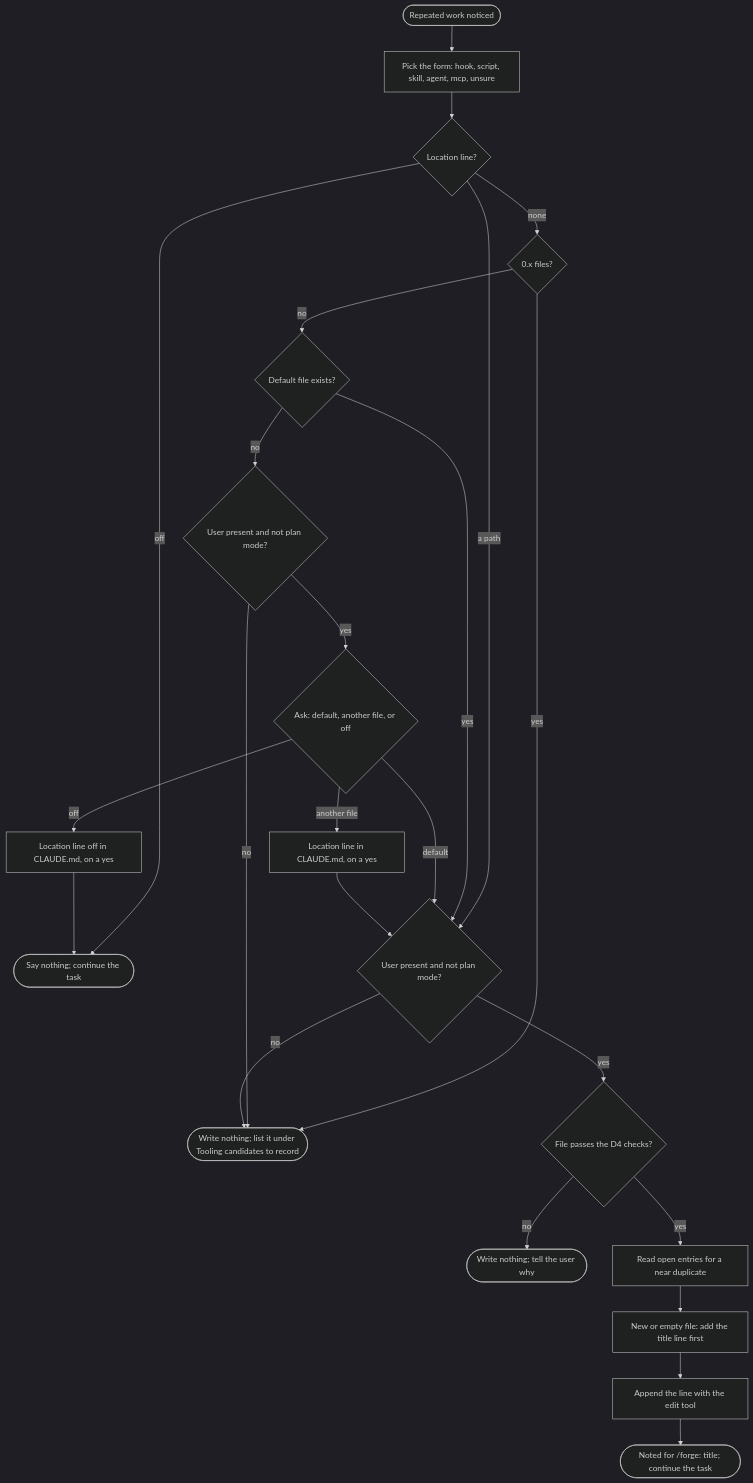
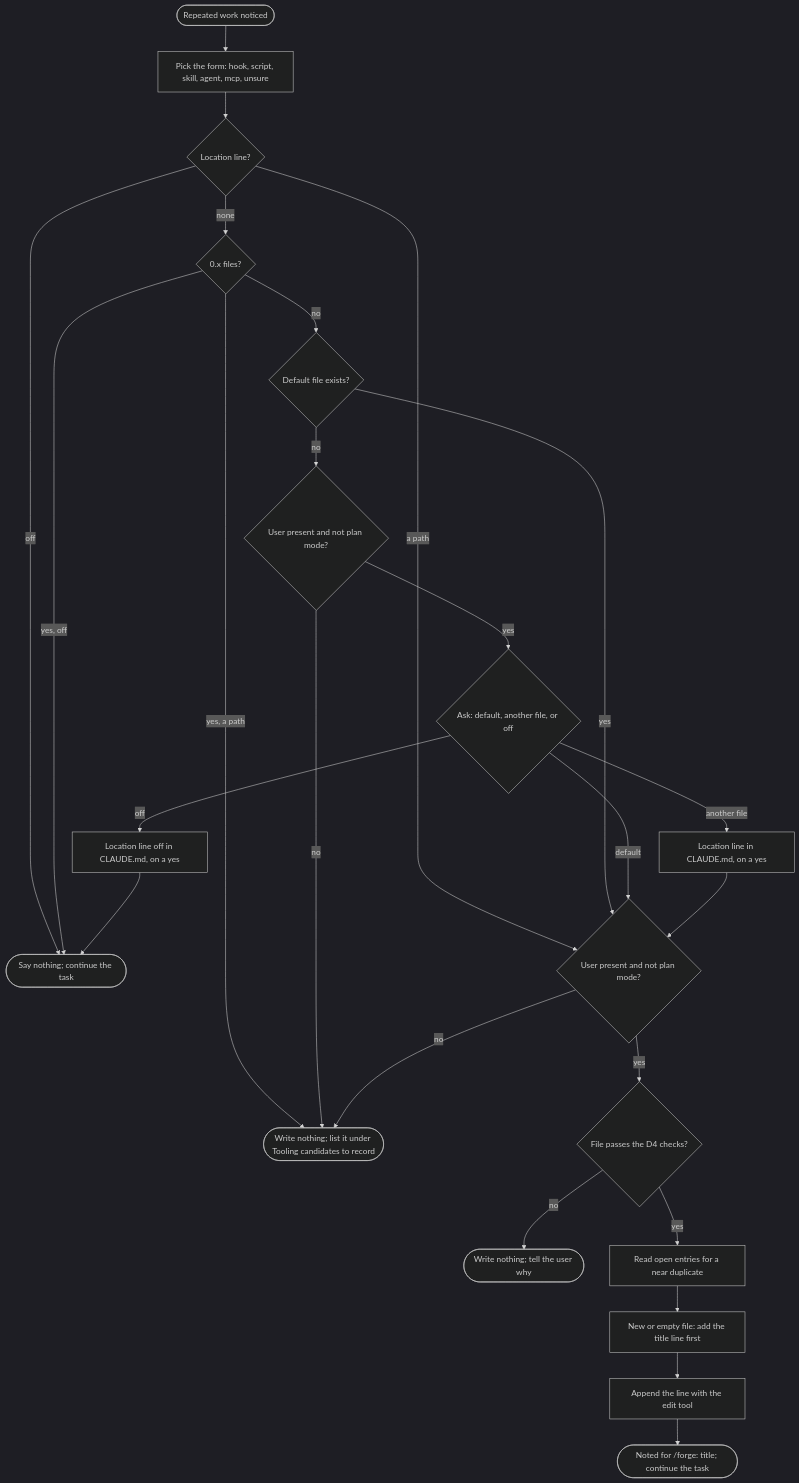
One commit to svelasquezr/mash-workbench-marketplace changed the second of 3 diagrams in docs/specs/mash-workbench.md. Above: the diagram before and after it, drawn with Mermaid (dark theme). The commit also changed other lines of this file and 16 other files, not shown here.

````diff
--- a/docs/specs/mash-workbench.md
+++ b/docs/specs/mash-workbench.md
@@ -80,26 +80,27 @@
 ```mermaid
 flowchart TD
   start(["Repeated work noticed"]) --> form["Pick the form: hook, script, skill, agent, mcp, unsure"]
   form --> where{"Location line?"}
   where -->|off| done(["Say nothing; continue the task"])
   where -->|"a path"| present
   where -->|none| old{"0.x files?"}
-  old -->|yes| report
+  old -->|"yes, off"| done
+  old -->|"yes, a path"| report
   old -->|no| exists{"Default file exists?"}
   exists -->|yes| present
   exists -->|no| first{"User present and not plan mode?"}
   first -->|no| report
   first -->|yes| ask{"Ask: default, another file, or off"}
   ask -->|default| present
   ask -->|off| line["Location line off in CLAUDE.md, on a yes"] --> done
   ask -->|"another file"| line2["Location line in CLAUDE.md, on a yes"] --> present
   present{"User present and not plan mode?"}
   present -->|no| report(["Write nothing; list it under Tooling candidates to record"])
   present -->|yes| safe{"File passes the D4 checks?"}
   safe -->|no| refuse(["Write nothing; tell the user why"])
   safe -->|yes| dup["Read open entries for a near duplicate"]
   write["Append the line with the edit tool"]
   dup --> title["New or empty file: add the title line first"]
   title --> write
   write --> note(["Noted for /forge: title; continue the task"])
 ```
````
